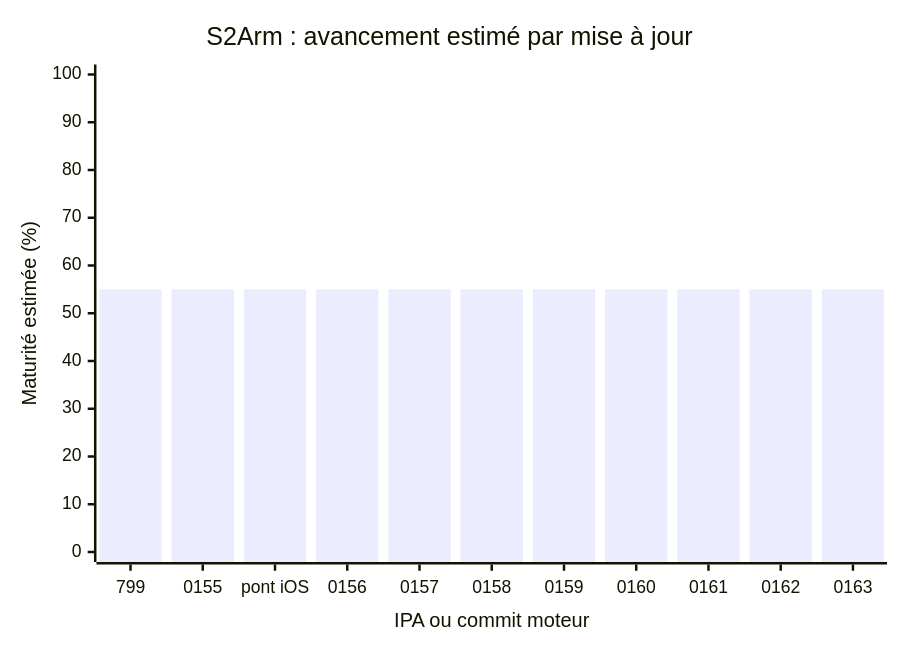
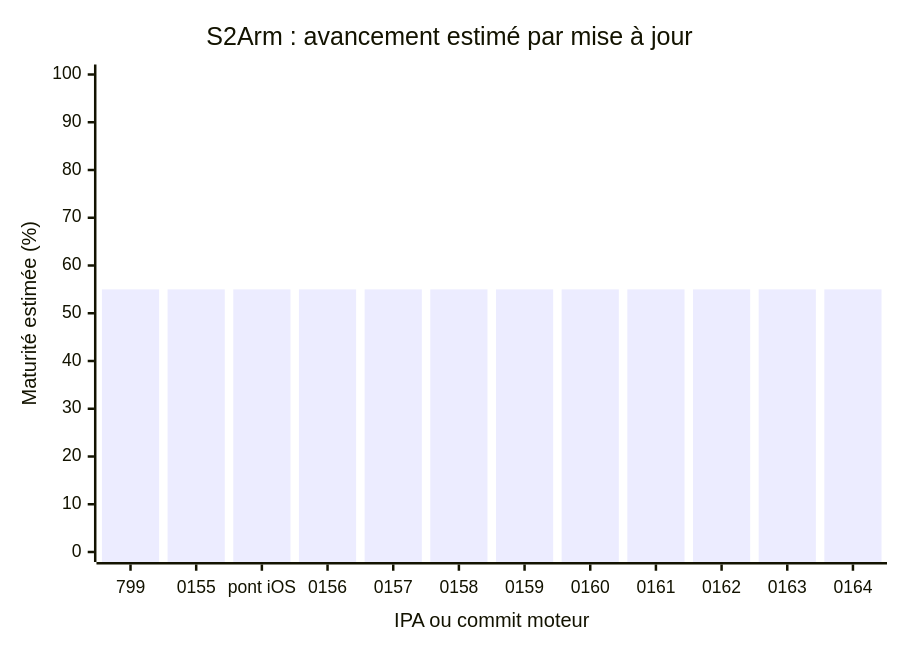
The diagram in docs/AI_TASK_BOARD.md (TarbleFR/RewindBox), drawn with Mermaid before and after one commit. The commit also changed other lines of this file and 3 other files, not shown here.

````diff
--- a/docs/AI_TASK_BOARD.md
+++ b/docs/AI_TASK_BOARD.md
@@ -25,7 +24,7 @@
 ```mermaid
 xychart-beta
     title "S2Arm : avancement estimé par mise à jour"
-    x-axis "IPA ou commit moteur" ["799", "0155", "pont iOS", "0156", "0157", "0158", "0159", "0160", "0161", "0162", "0163"]
+    x-axis "IPA ou commit moteur" ["799", "0155", "pont iOS", "0156", "0157", "0158", "0159", "0160", "0161", "0162", "0163", "0164"]
     y-axis "Maturité estimée (%)" 0 --> 100
-    bar [55, 55, 55, 55, 55, 55, 55, 55, 55, 55, 55]
+    bar [55, 55, 55, 55, 55, 55, 55, 55, 55, 55, 55, 55]
 ```
````
